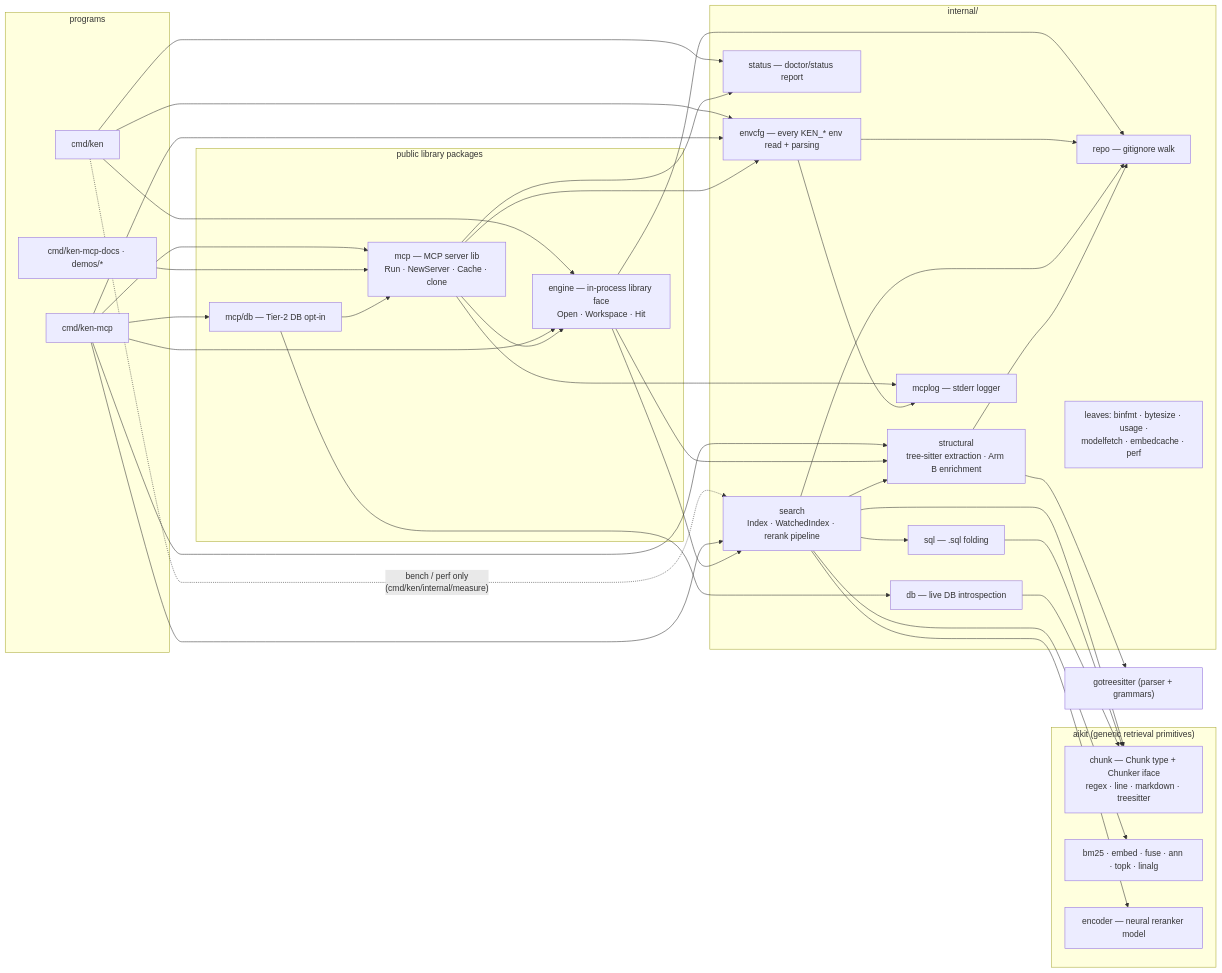
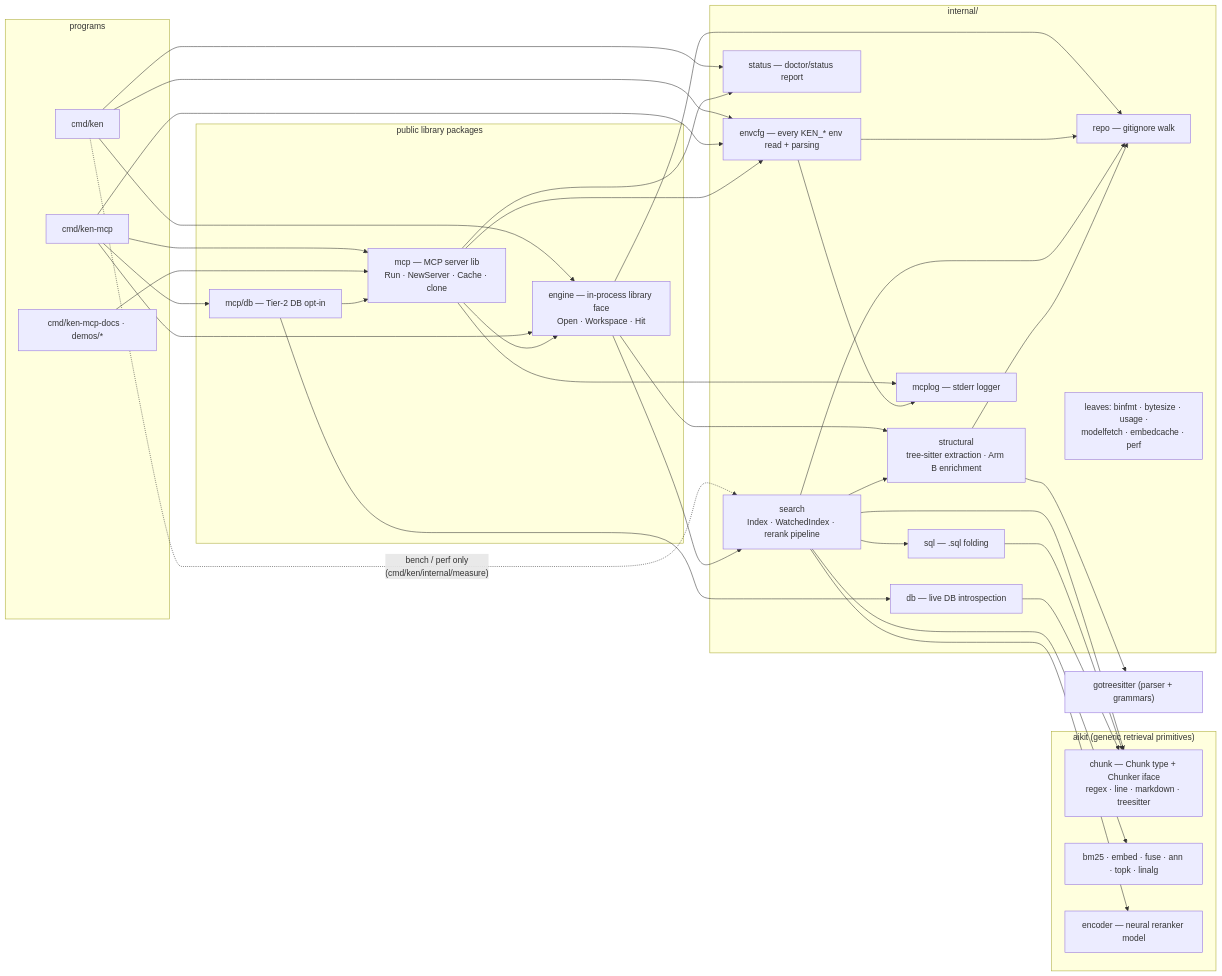
Before and after one commit to townsendmerino/ken: the first of 2 diagrams in ARCHITECTURE.md, drawn with Mermaid. The commit also changed 18 other files, not shown here.

````diff
--- a/ARCHITECTURE.md
+++ b/ARCHITECTURE.md
@@ -15,43 +15,43 @@
 ```mermaid
 graph LR
     subgraph aikit ["aikit (generic retrieval primitives)"]
         chunk["chunk — Chunk type + Chunker iface<br/>regex · line · markdown · treesitter"]
         retr["bm25 · embed · fuse · ann · topk · linalg"]
         encoder["encoder — neural reranker model"]
     end
     gts["gotreesitter (parser + grammars)"]
     subgraph programs ["programs"]
         ken["cmd/ken"]
         kenmcp["cmd/ken-mcp"]
         embedded["cmd/ken-mcp-docs · demos/*"]
     end
     subgraph public ["public library packages"]
         engine["engine — in-process library face<br/>Open · Workspace · Hit"]
         mcppkg["mcp — MCP server lib<br/>Run · NewServer · Cache · clone"]
         mcpdb["mcp/db — Tier-2 DB opt-in"]
     end
     subgraph internal ["internal/"]
         search["search<br/>Index · WatchedIndex · rerank pipeline"]
         structural["structural<br/>tree-sitter extraction · Arm B enrichment"]
         repo["repo — gitignore walk"]
         sqlpkg["sql — .sql folding"]
         dbpkg["db — live DB introspection"]
         status["status — doctor/status report"]
         envcfg["envcfg — every KEN_* env read + parsing"]
         mcplog["mcplog — stderr logger"]
         small["leaves: binfmt · bytesize · usage ·<br/>modelfetch · embedcache · perf"]
     end
     ken --> engine & status & envcfg
     ken -. "bench / perf only<br/>(cmd/ken/internal/measure)" .-> search
-    kenmcp --> engine & mcppkg & mcpdb & search & structural & envcfg
+    kenmcp --> engine & mcppkg & mcpdb & envcfg
     embedded --> mcppkg
     engine --> search & structural & repo
     mcppkg --> engine & status & mcplog & envcfg
     mcpdb --> mcppkg & dbpkg
     envcfg --> mcplog & repo
     search --> structural & repo & sqlpkg
     structural --> repo
     search --> chunk & retr & encoder
     structural --> gts
     sqlpkg & dbpkg --> chunk
 ```
````
